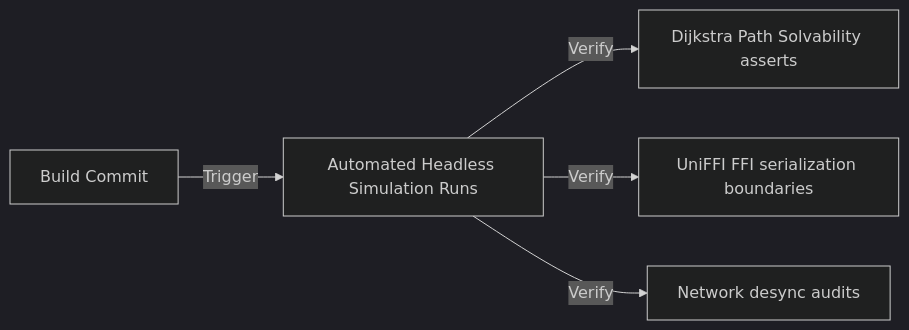
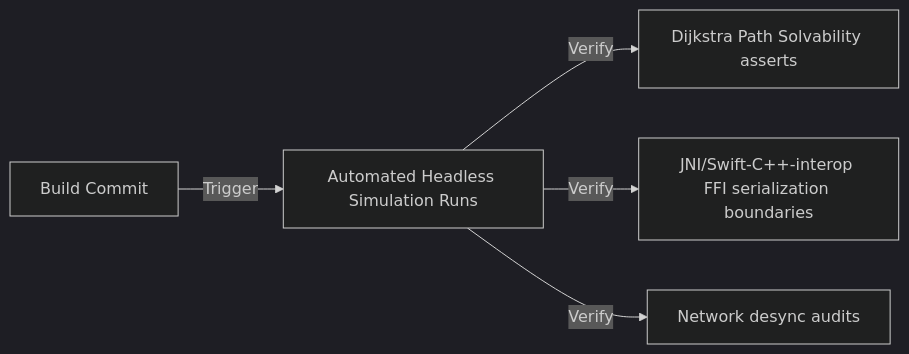
The diagram in docs/design/qa_test_plan.md (Hyperion-Corporation/Project-Mobile-Fortress), drawn with Mermaid (dark theme) before and after one commit. The commit also changed other lines of this file and 28 other files, not shown here.

````diff
--- a/docs/design/qa_test_plan.md
+++ b/docs/design/qa_test_plan.md
@@ -10,7 +10,7 @@
 ```mermaid
 graph LR
     A[Build Commit] -->|Trigger| B[Automated Headless Simulation Runs]
     B -->|Verify| C[Dijkstra Path Solvability asserts]
-    B -->|Verify| D[UniFFI FFI serialization boundaries]
+    B -->|Verify| D[JNI/Swift-C++-interop FFI serialization boundaries]
     B -->|Verify| E[Network desync audits]
 ```
````
